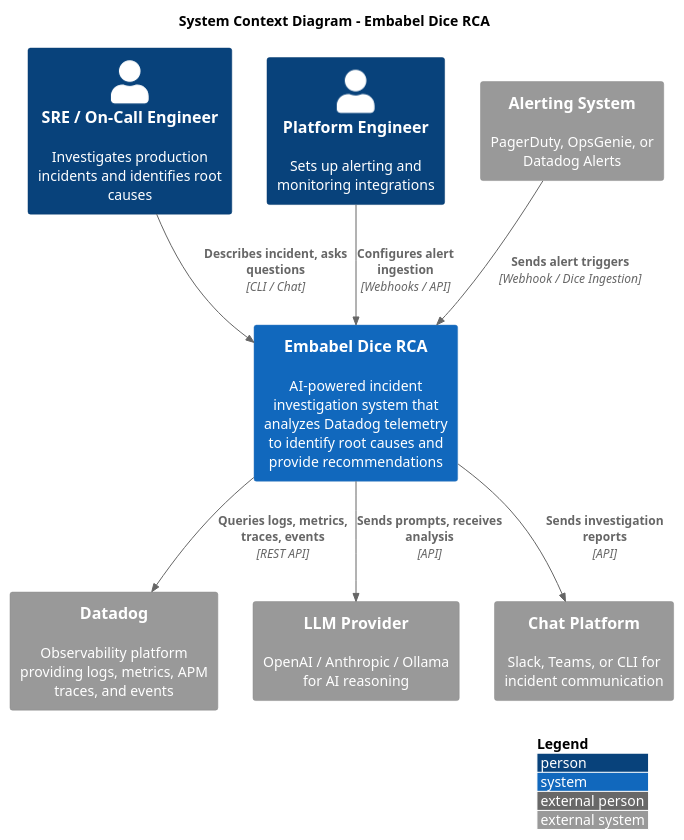
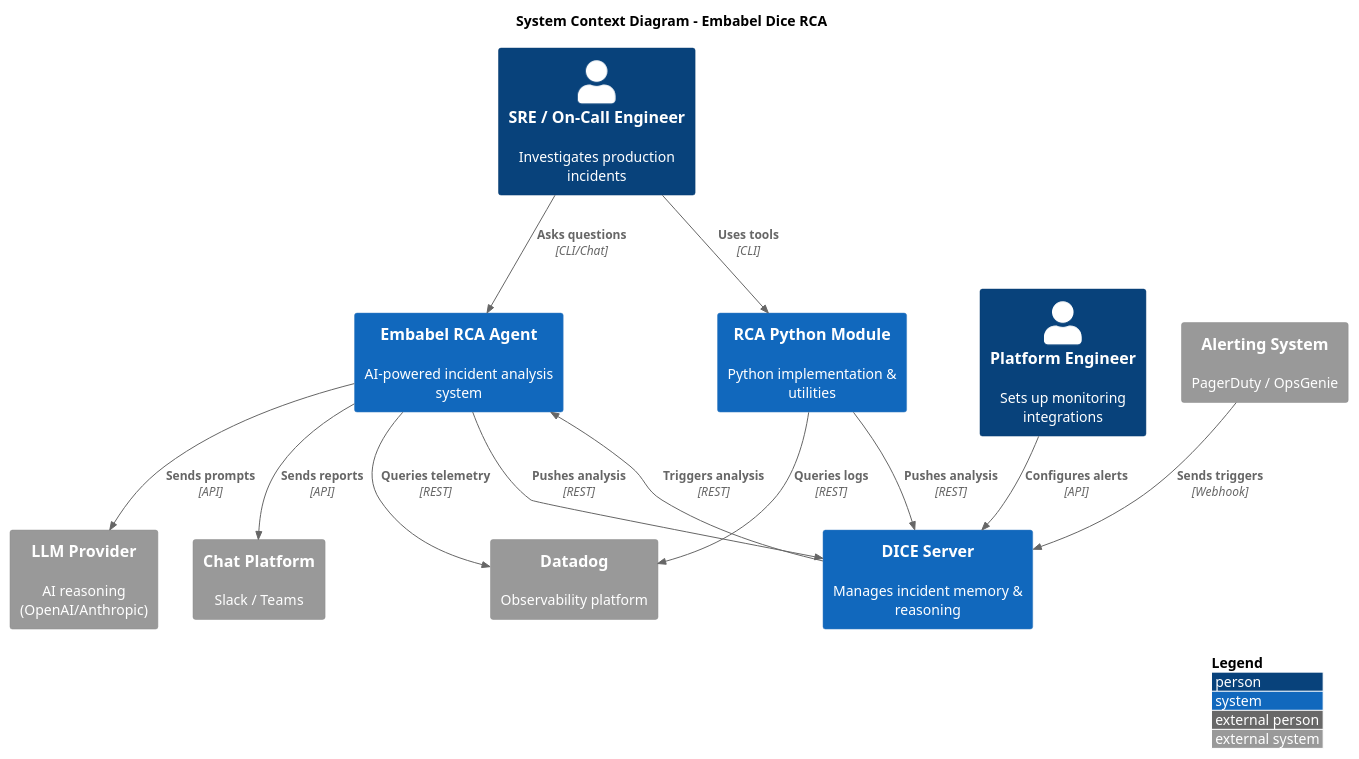
Before and after one commit to menkelabs/datadog-drilldown: the diagram in embabel-dice-rca/docs/architecture/c4-context.puml, drawn with PlantUML. The commit also changed 90 other files, not shown here.

First line of the commit message:
Refactor project to Kotlin/Spring Boot architecture

```diff
--- a/embabel-dice-rca/docs/architecture/c4-context.puml
+++ b/embabel-dice-rca/docs/architecture/c4-context.puml
@@ -1,26 +1,34 @@
 @startuml C4_Context
 !include https://raw.githubusercontent.com/plantuml-stdlib/C4-PlantUML/master/C4_Context.puml
 
 LAYOUT_WITH_LEGEND()
 
 title System Context Diagram - Embabel Dice RCA
 
-Person(sre, "SRE / On-Call Engineer", "Investigates production incidents and identifies root causes")
-Person(platform, "Platform Engineer", "Sets up alerting and monitoring integrations")
+Person(sre, "SRE / On-Call Engineer", "Investigates production incidents")
+Person(platform, "Platform Engineer", "Sets up monitoring integrations")
 
-System(rca_system, "Embabel Dice RCA", "AI-powered incident investigation system that analyzes Datadog telemetry to identify root causes and provide recommendations")
+System(rcaAgent, "Embabel RCA Agent", "AI-powered incident analysis system")
+System(rcaPython, "RCA Python Module", "Python implementation & utilities")
+System(diceServer, "DICE Server", "Manages incident memory & reasoning")
 
-System_Ext(datadog, "Datadog", "Observability platform providing logs, metrics, APM traces, and events")
-System_Ext(llm, "LLM Provider", "OpenAI / Anthropic / Ollama for AI reasoning")
-System_Ext(alerting, "Alerting System", "PagerDuty, OpsGenie, or Datadog Alerts")
-System_Ext(chat, "Chat Platform", "Slack, Teams, or CLI for incident communication")
+System_Ext(datadog, "Datadog", "Observability platform")
+System_Ext(llm, "LLM Provider", "AI reasoning (OpenAI/Anthropic)")
+System_Ext(alerting, "Alerting System", "PagerDuty / OpsGenie")
+System_Ext(chat, "Chat Platform", "Slack / Teams")
 
-Rel(sre, rca_system, "Describes incident, asks questions", "CLI / Chat")
-Rel(platform, rca_system, "Configures alert ingestion", "Webhooks / API")
+Rel(sre, rcaAgent, "Asks questions", "CLI/Chat")
+Rel(sre, rcaPython, "Uses tools", "CLI")
+Rel(platform, diceServer, "Configures alerts", "API")
 
-Rel(rca_system, datadog, "Queries logs, metrics, traces, events", "REST API")
-Rel(rca_system, llm, "Sends prompts, receives analysis", "API")
-Rel(alerting, rca_system, "Sends alert triggers", "Webhook / Dice Ingestion")
-Rel(rca_system, chat, "Sends investigation reports", "API")
+Rel(rcaAgent, datadog, "Queries telemetry", "REST")
+Rel(rcaPython, datadog, "Queries logs", "REST")
+Rel(rcaAgent, llm, "Sends prompts", "API")
+Rel(rcaAgent, diceServer, "Pushes analysis", "REST")
+Rel(rcaPython, diceServer, "Pushes analysis", "REST")
+
+Rel(alerting, diceServer, "Sends triggers", "Webhook")
+Rel(diceServer, rcaAgent, "Triggers analysis", "REST")
+Rel(rcaAgent, chat, "Sends reports", "API")
 
 @enduml
```
